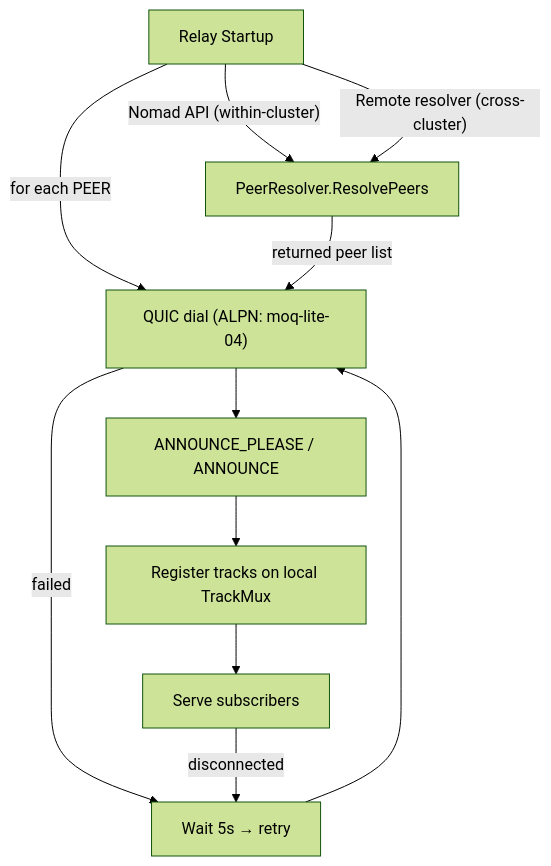
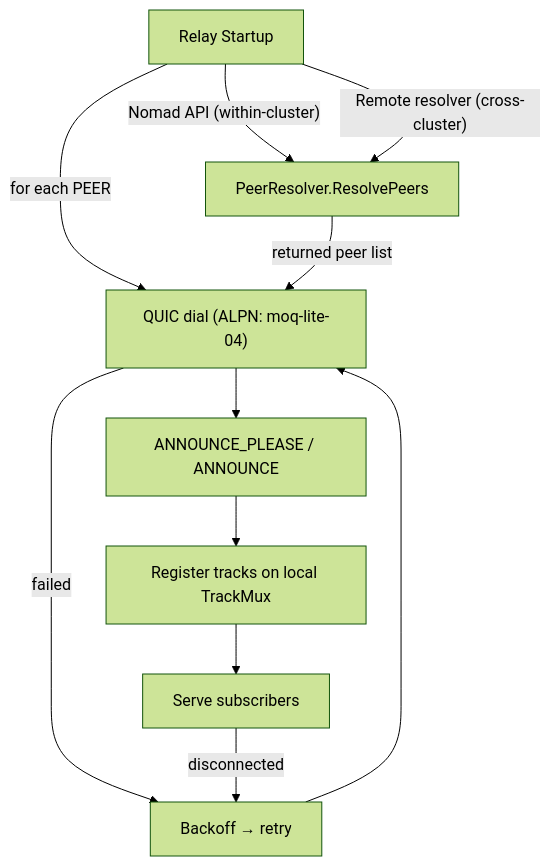
One commit to okdaichi/qumo changed the second of 2 diagrams in docs/site/content/en/docs/deployment/peer-topology.md. Above: the diagram before and after it, drawn with Mermaid (forest theme). The commit also changed other lines of this file and 7 other files, not shown here.

````diff
--- a/docs/site/content/en/docs/deployment/peer-topology.md
+++ b/docs/site/content/en/docs/deployment/peer-topology.md
@@ -44,18 +45,18 @@
 ```mermaid
 graph TD
     Start["Relay Startup"]
 
     Start -->|"for each PEER"| ALPN
     Start -->|"Nomad API (within-cluster)"| Resolve["PeerResolver.ResolvePeers"]
     Start -->|"Remote resolver (cross-cluster)"| Resolve
 
     Resolve -->|"returned peer list"| ALPN
 
     ALPN["QUIC dial (ALPN: moq-lite-04)"] --> Announce["ANNOUNCE_PLEASE / ANNOUNCE"]
     Announce --> TrackMux["Register tracks on local TrackMux"]
     TrackMux --> Serve["Serve subscribers"]
 
-    ALPN -->|"failed"| Retry["Wait 5s → retry"]
+    ALPN -->|"failed"| Retry["Backoff → retry"]
     Serve -->|"disconnected"| Retry
     Retry --> ALPN
 ```
````
